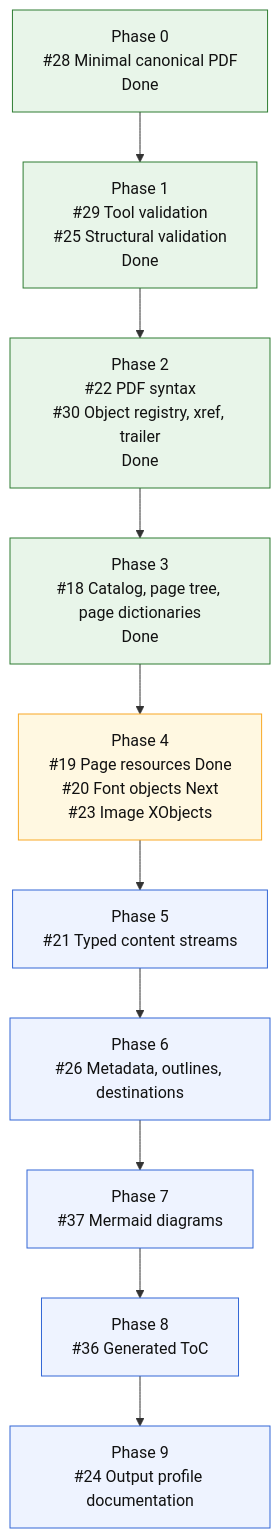
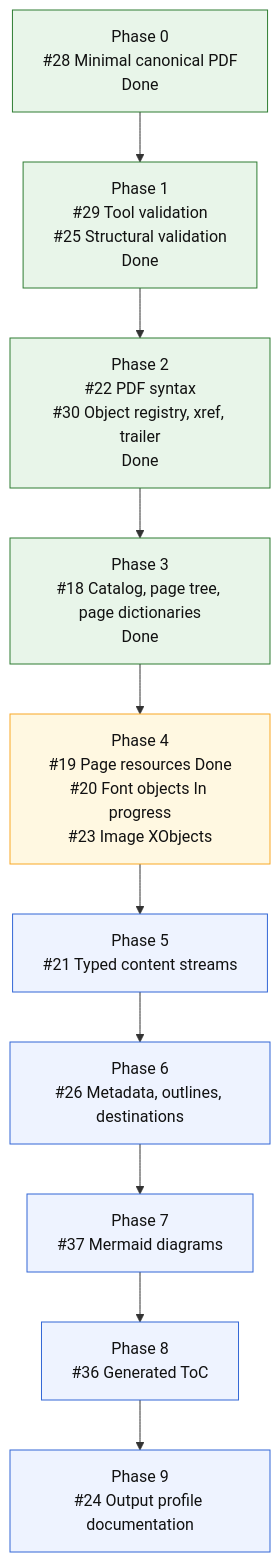
One commit to mihaelamj/MarkdownPDF changed the diagram in README.md. Above: the diagram before and after it, drawn with Mermaid. The commit also changed 5 other files, not shown here.

Commit message:
refactor: model PDF font objects

````diff
--- a/README.md
+++ b/README.md
@@ -126,22 +126,22 @@
 ```mermaid
 flowchart TD
     P0["Phase 0<br/>#28 Minimal canonical PDF<br/>Done"]
     P1["Phase 1<br/>#29 Tool validation<br/>#25 Structural validation<br/>Done"]
     P2["Phase 2<br/>#22 PDF syntax<br/>#30 Object registry, xref, trailer<br/>Done"]
     P3["Phase 3<br/>#18 Catalog, page tree, page dictionaries<br/>Done"]
-    P4["Phase 4<br/>#19 Page resources Done<br/>#20 Font objects Next<br/>#23 Image XObjects"]
+    P4["Phase 4<br/>#19 Page resources Done<br/>#20 Font objects In progress<br/>#23 Image XObjects"]
     P5["Phase 5<br/>#21 Typed content streams"]
     P6["Phase 6<br/>#26 Metadata, outlines, destinations"]
     P7["Phase 7<br/>#37 Mermaid diagrams"]
     P8["Phase 8<br/>#36 Generated ToC"]
     P9["Phase 9<br/>#24 Output profile documentation"]
 
     P0 --> P1 --> P2 --> P3 --> P4 --> P5 --> P6 --> P7 --> P8 --> P9
 
     classDef done fill:#e8f5e9,stroke:#2e7d32,color:#111;
     classDef next fill:#fff8e1,stroke:#f9a825,color:#111;
     classDef todo fill:#eef3ff,stroke:#3367d6,color:#111;
     class P0,P1,P2,P3 done;
     class P4 next;
     class P5,P6,P7,P8,P9 todo;
 ```
````
